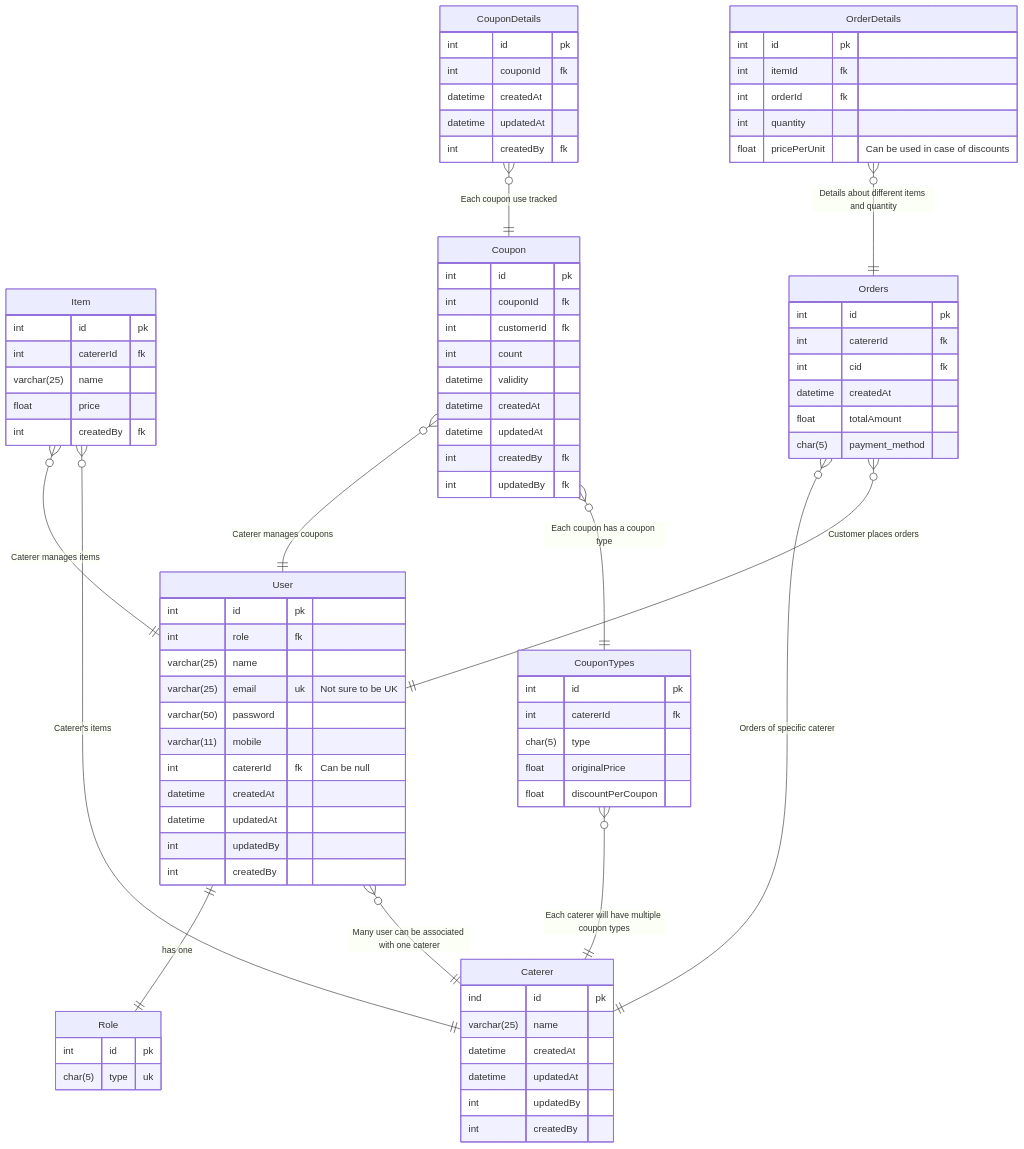
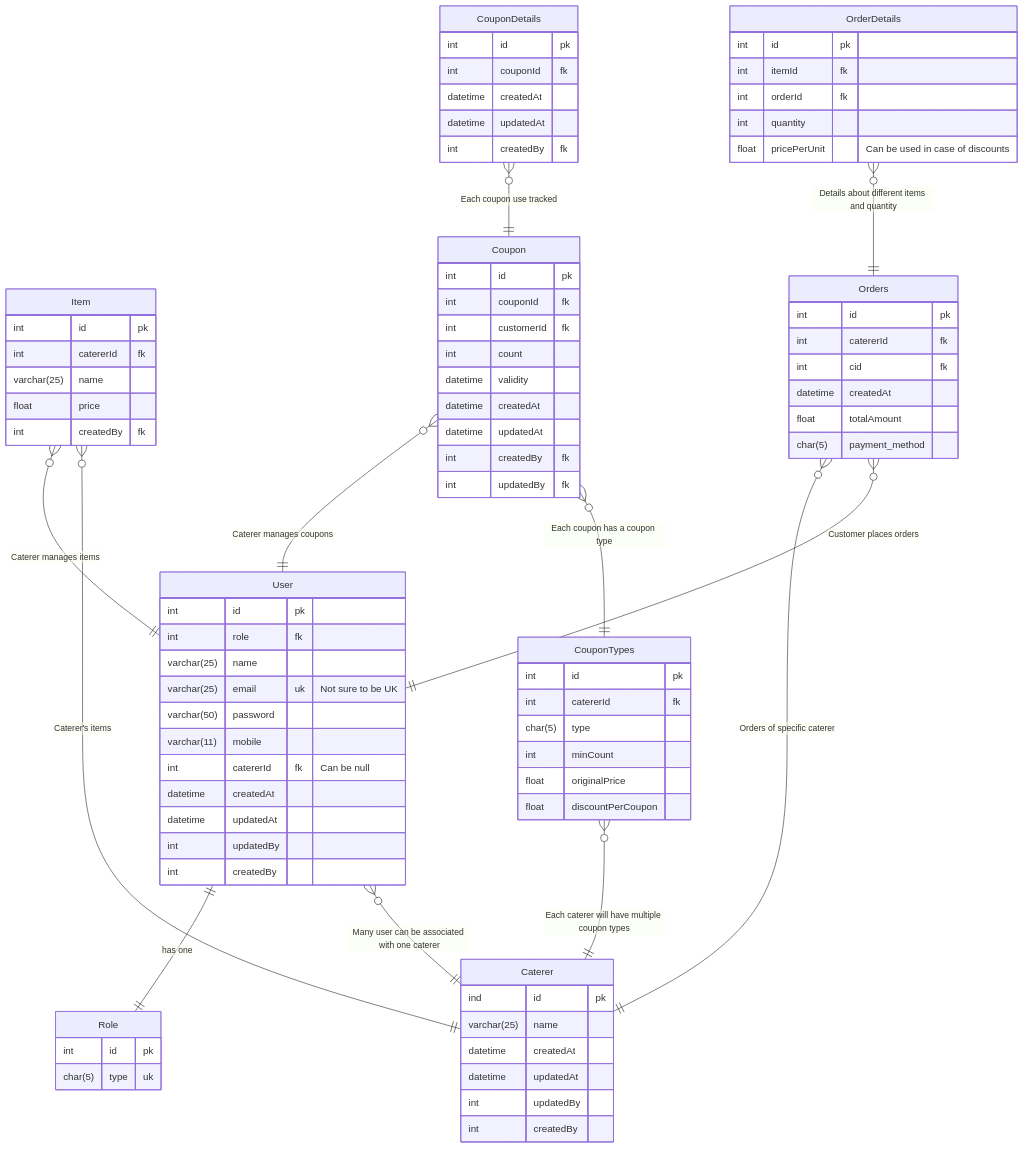
One commit to devnev39/cms-all changed the diagram in meta/er/er.md. Above: the diagram before and after it, drawn with Mermaid.

Commit message:
Updated Coupon Types Table
I think we should have one more column in Coupon Type where caterer can mention min number of coupons one user have to buy

```diff
--- a/meta/er/er.md
+++ b/meta/er/er.md
@@ -40,6 +40,7 @@
         int id pk
         int catererId fk
         char(5) type
+        int minCount
         float originalPrice
         float discountPerCoupon
     }
```
